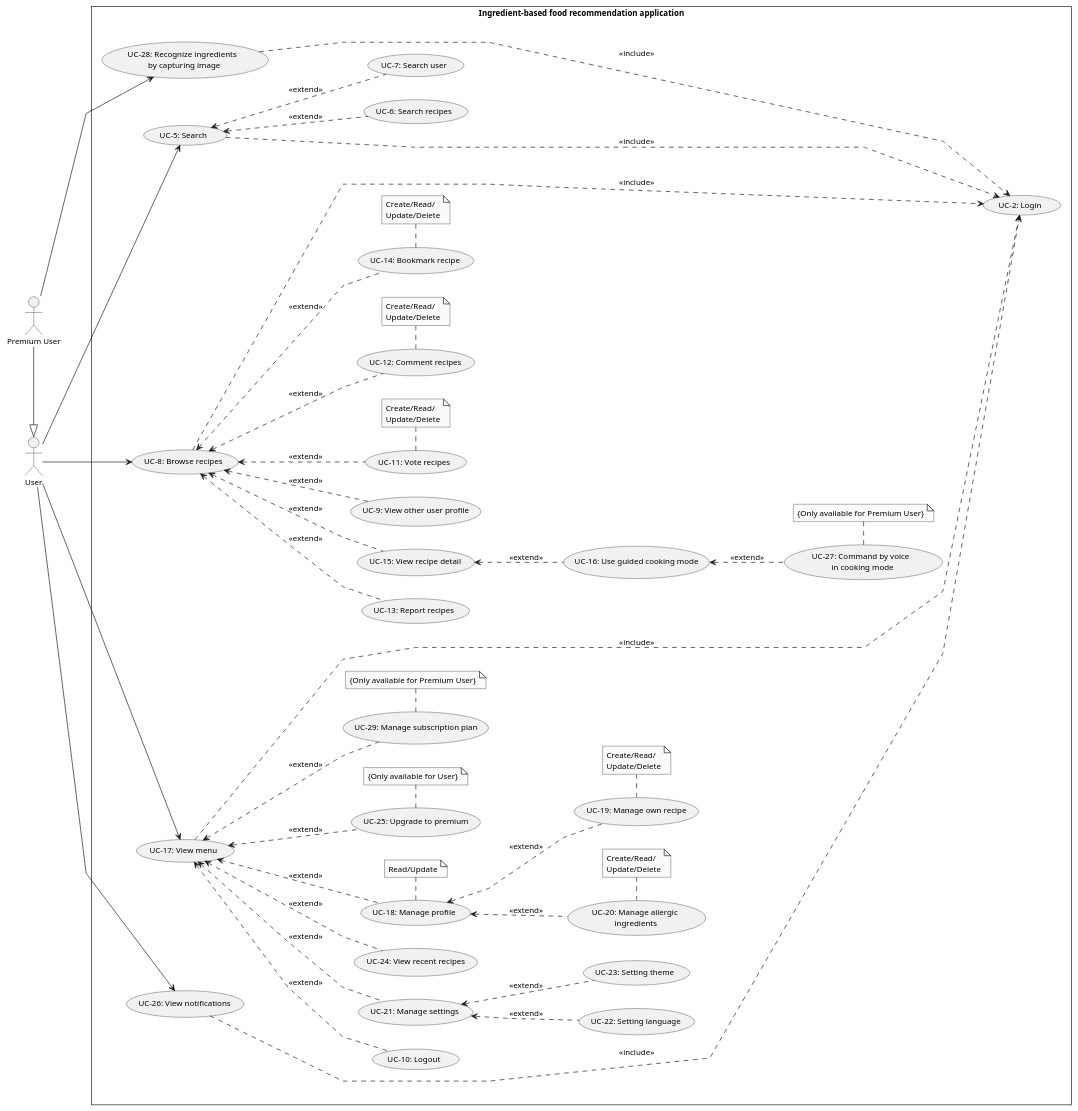
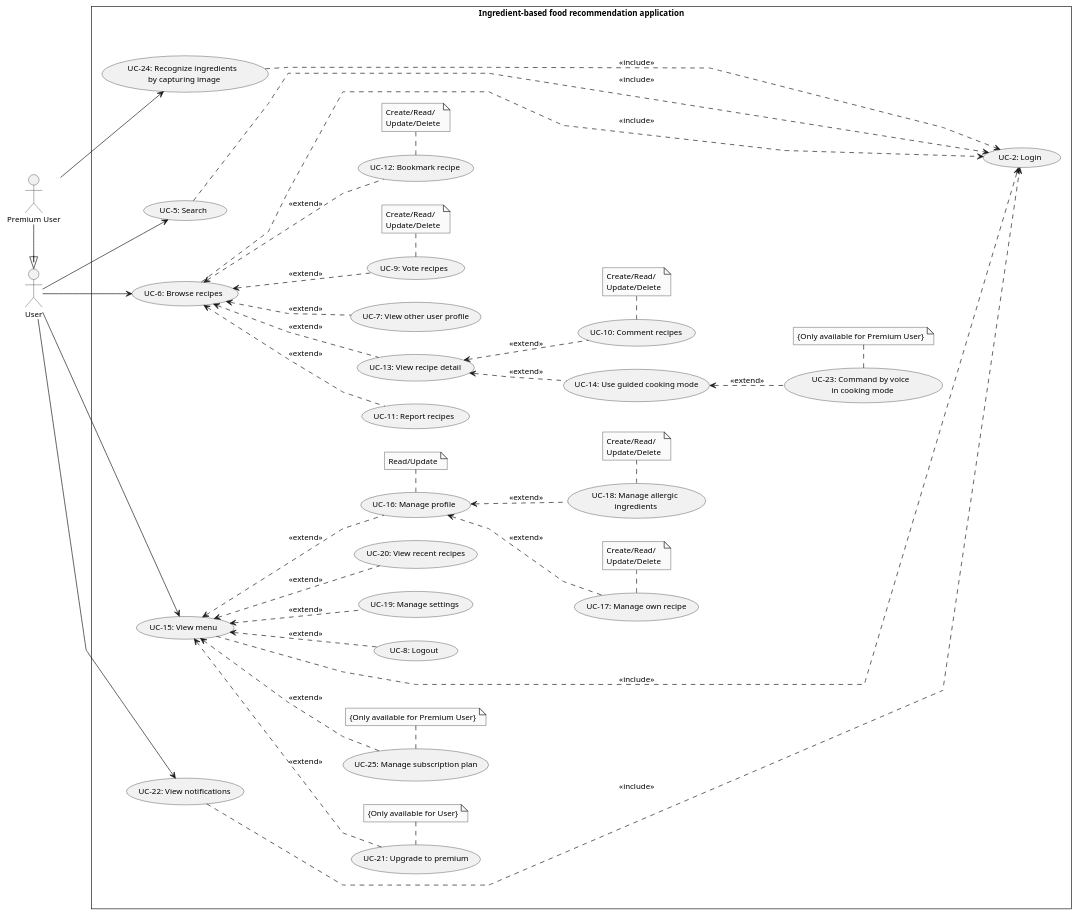
The diagram in doc/SRS/Usecase/UserUsecase.plantuml (Carl-Johnsons/tastopia), drawn with PlantUML before and after one commit. The commit also changed 2 other files, not shown here.

Commit message:
doc: update 3 usecase

```diff
--- a/doc/SRS/Usecase/UserUsecase.plantuml
+++ b/doc/SRS/Usecase/UserUsecase.plantuml
@@ -1,107 +1,99 @@
 @startuml UserUsecase
 skinparam style strictuml
 skinparam monochrome true
 skinparam linetype polyline
 skinparam defaultFontSize 12
 left to right direction
 actor "User" as user
 actor "Premium User" as pUser
 ' actor "Admin" as admin
 rectangle Ingredient-based<U+0020>food<U+0020>recommendation<U+0020>application {
     usecase "UC-2: Login" as ucLogin
-    usecase "UC-10: Logout" as ucLogout
+    usecase "UC-8: Logout" as ucLogout
 
     usecase "UC-5: Search" as ucSearch
-    usecase "UC-6: Search recipes" as ucSearchRecipes
-    usecase "UC-7: Search user" as ucSearchUser
 
-    usecase "UC-8: Browse recipes" as ucBrowseRecipes
-    usecase "UC-11: Vote recipes" as ucVoteRecipe
-    usecase "UC-12: Comment recipes" as ucCmtRecipe
-    usecase "UC-13: Report recipes" as ucReportRecipe
-    usecase "UC-14: Bookmark recipe" as ucBookmarkRecipe
-    usecase "UC-15: View recipe detail" as ucViewRecipeDetail
-    usecase "UC-16: Use guided cooking mode" as ucGuidedCCM
-    usecase "UC-9: View other user profile" as ucViewUSProfile
+    usecase "UC-6: Browse recipes" as ucBrowseRecipes
+    usecase "UC-9: Vote recipes" as ucVoteRecipe
+    usecase "UC-10: Comment recipes" as ucCmtRecipe
+    usecase "UC-11: Report recipes" as ucReportRecipe
+    usecase "UC-12: Bookmark recipe" as ucBookmarkRecipe
+    usecase "UC-13: View recipe detail" as ucViewRecipeDetail
+    usecase "UC-14: Use guided cooking mode" as ucGuidedCCM
+    usecase "UC-7: View other user profile" as ucViewUSProfile
 
-    usecase "UC-17: View menu" as ucViewMenu
-    usecase "UC-18: Manage profile" as ucManageProfile
-    usecase "UC-19: Manage own recipe" as ucManageRecipe
-    usecase "UC-20: Manage allergic\n ingredients" as ucManageAller
-    usecase "UC-21: Manage settings" as ucManageSetting
-    usecase "UC-22: Setting language" as ucSetLang
-    usecase "UC-23: Setting theme" as ucSetTheme
-    usecase "UC-24: View recent recipes" as ucViewRecentRecipes
-    usecase "UC-25: Upgrade to premium" as ucUpgradeToPremium
+    usecase "UC-15: View menu" as ucViewMenu
+    usecase "UC-16: Manage profile" as ucManageProfile
+    usecase "UC-17: Manage own recipe" as ucManageRecipe
+    usecase "UC-18: Manage allergic\n ingredients" as ucManageAller
+    usecase "UC-19: Manage settings" as ucManageSetting
+    usecase "UC-20: View recent recipes" as ucViewRecentRecipes
+    usecase "UC-21: Upgrade to premium" as ucUpgradeToPremium
 
-    usecase "UC-26: View notifications" as ucViewNotif
+    usecase "UC-22: View notifications" as ucViewNotif
     
     note "Create/Read/\nUpdate/Delete" as noteManageRecipe
     note "Create/Read/\nUpdate/Delete" as noteManageAller
     note "Read/Update" as noteManageProfile
     note "Create/Read/\nUpdate/Delete" as noteVoteRecipe
     note "Create/Read/\nUpdate/Delete" as noteCmtRecipe
     note "Create/Read/\nUpdate/Delete" as noteBookmarkRecipe
     note "{Only available for User}" as noteUpgradeToPremium
 
 
     user --> ucSearch
-        ucSearch <.. ucSearchUser : <<extend>>
-        ucSearch <.. ucSearchRecipes : <<extend>>
 
     user --> ucBrowseRecipes
         ucBrowseRecipes <.. ucVoteRecipe : <<extend>>
             ucVoteRecipe . noteVoteRecipe
-        ucBrowseRecipes <.. ucCmtRecipe : <<extend>>
-            ucCmtRecipe . noteCmtRecipe
         ucBrowseRecipes <.. ucReportRecipe : <<extend>>
         ucBrowseRecipes <.. ucViewRecipeDetail : <<extend>>
+            ucViewRecipeDetail <.. ucCmtRecipe : <<extend>>
+                ucCmtRecipe . noteCmtRecipe
             ucViewRecipeDetail <.. ucGuidedCCM : <<extend>>
         ucBrowseRecipes <.. ucBookmarkRecipe : <<extend>>
             ucBookmarkRecipe . noteBookmarkRecipe
         ucBrowseRecipes <.. ucViewUSProfile : <<extend>>
 
     user --> ucViewMenu
         ucViewMenu <.. ucManageProfile : <<extend>>
             ucManageProfile . noteManageProfile
             ucManageProfile <.. ucManageRecipe : <<extend>>
                 ucManageRecipe . noteManageRecipe
             ucManageProfile <.. ucManageAller : <<extend>>
                 ucManageAller . noteManageAller
         ucViewMenu <.. ucManageSetting : <<extend>>
-            ucManageSetting <.. ucSetLang : <<extend>>
-            ucManageSetting <.. ucSetTheme : <<extend>>
         ucViewMenu <.. ucViewRecentRecipes : <<extend>>
         ucViewMenu <.. ucUpgradeToPremium : <<extend>>
             ucUpgradeToPremium . noteUpgradeToPremium
         ucViewMenu <.. ucLogout : <<extend>>
 
     user --> ucViewNotif
 
     ucSearch .....> ucLogin : <<include>>
     ucBrowseRecipes .....> ucLogin : <<include>>
     ucViewMenu .....> ucLogin : <<include>>
     ucViewNotif .....>ucLogin : <<include>>
 
 
-    usecase "UC-27: Command by voice \n in cooking mode" as ucCommandVoiceCCM
-    usecase "UC-28: Recognize ingredients \n by capturing image" as ucRecognizeIngre
-    usecase "UC-29: Manage subscription plan" as ucMngSubcriptPlan
+    usecase "UC-23: Command by voice \n in cooking mode" as ucCommandVoiceCCM
+    usecase "UC-24: Recognize ingredients \n by capturing image" as ucRecognizeIngre
+    usecase "UC-25: Manage subscription plan" as ucMngSubcriptPlan
     
 
     note "{Only available for Premium User}" as noteMngSubcriptPlan
     note "{Only available for Premium User}" as noteCommandVoiceCCM
 
 
     pUser -|> user
     pUser --> ucRecognizeIngre
     ucGuidedCCM <.. ucCommandVoiceCCM : <<extend>>
         ucCommandVoiceCCM . noteCommandVoiceCCM
     ucViewMenu <.. ucMngSubcriptPlan : <<extend>>
         ucMngSubcriptPlan . noteMngSubcriptPlan
 
     ucRecognizeIngre .....> ucLogin : <<include>>
 
 }
 
 @enduml
```
